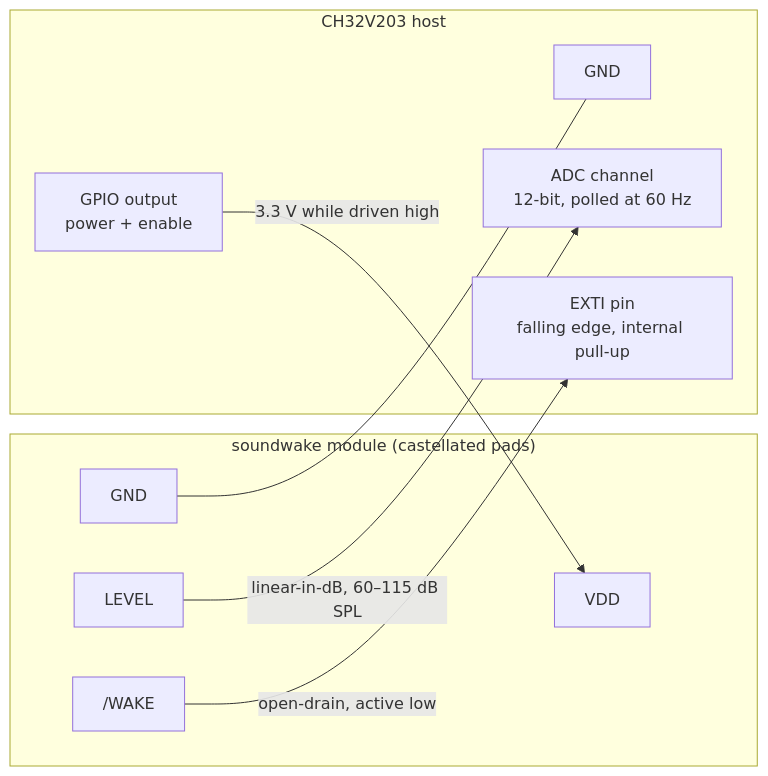
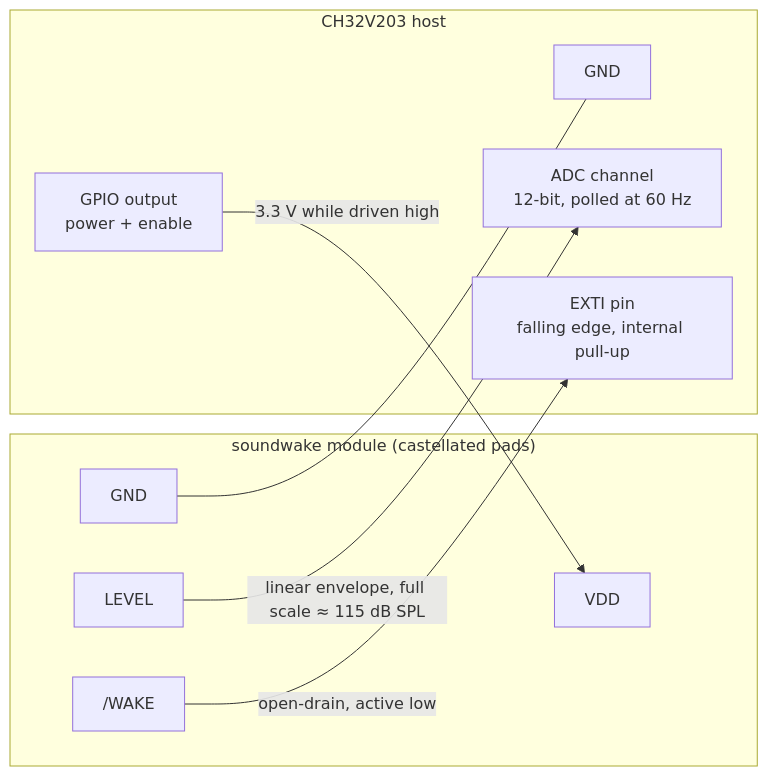
The first of 6 diagrams in README.md (zackees/soundwake), drawn with Mermaid before and after one commit. The commit also changed other lines of this file, not shown here.

Commit message:
docs: revise stage 2 to linear envelope with firmware dB conversion (#9)

````diff
--- a/README.md
+++ b/README.md
@@ -46,19 +46,19 @@
 ```mermaid
 flowchart LR
     subgraph MOD["soundwake module (castellated pads)"]
         VDD["VDD"]
         GND["GND"]
         LEVEL["LEVEL"]
         WAKE["/WAKE"]
     end
     subgraph MCU["CH32V203 host"]
         PWR["GPIO output<br/>power + enable"]
         MGND["GND"]
         ADC["ADC channel<br/>12-bit, polled at 60 Hz"]
         EXTI["EXTI pin<br/>falling edge, internal pull-up"]
     end
     PWR -->|"3.3 V while driven high"| VDD
     GND --- MGND
-    LEVEL -->|"linear-in-dB, 60–115 dB SPL"| ADC
+    LEVEL -->|"linear envelope, full scale ≈ 115 dB SPL"| ADC
     WAKE -->|"open-drain, active low"| EXTI
 ```
````
